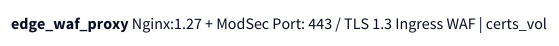
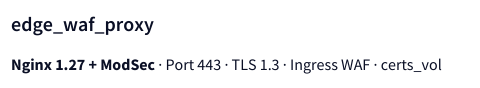
The second of 3 diagrams in SKILL.md (Buller43/software-architect-blueprint), drawn with D2 before and after one commit. The commit also changed other lines of this file and 8 other files, not shown here.

````diff
--- a/SKILL.md
+++ b/SKILL.md
@@ -92,11 +88,12 @@
 ```d2
 edge_waf_proxy: {
   class: mint
+  width: 200
   label: |||md
-    **edge_waf_proxy**
-    Nginx:1.27 + ModSec
-    Port: 443 / TLS 1.3
-    Ingress WAF | certs_vol
+    ### edge_waf_proxy
+    **Nginx 1.27 + ModSec**
+    · Port 443 · TLS 1.3
+    · Ingress WAF · certs_vol
   |||
 }
 ```
````
